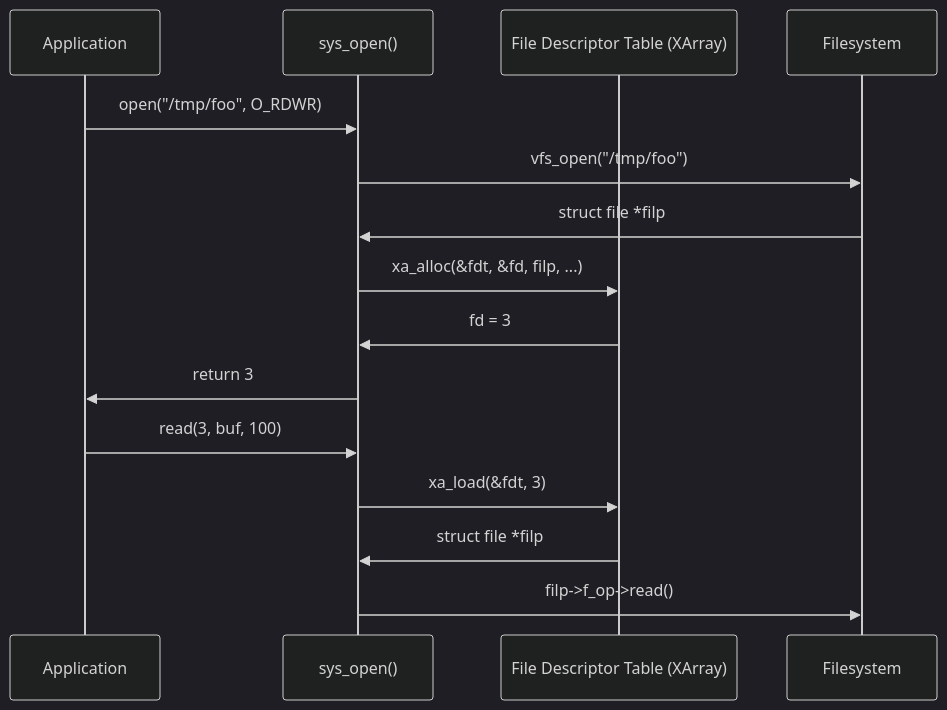
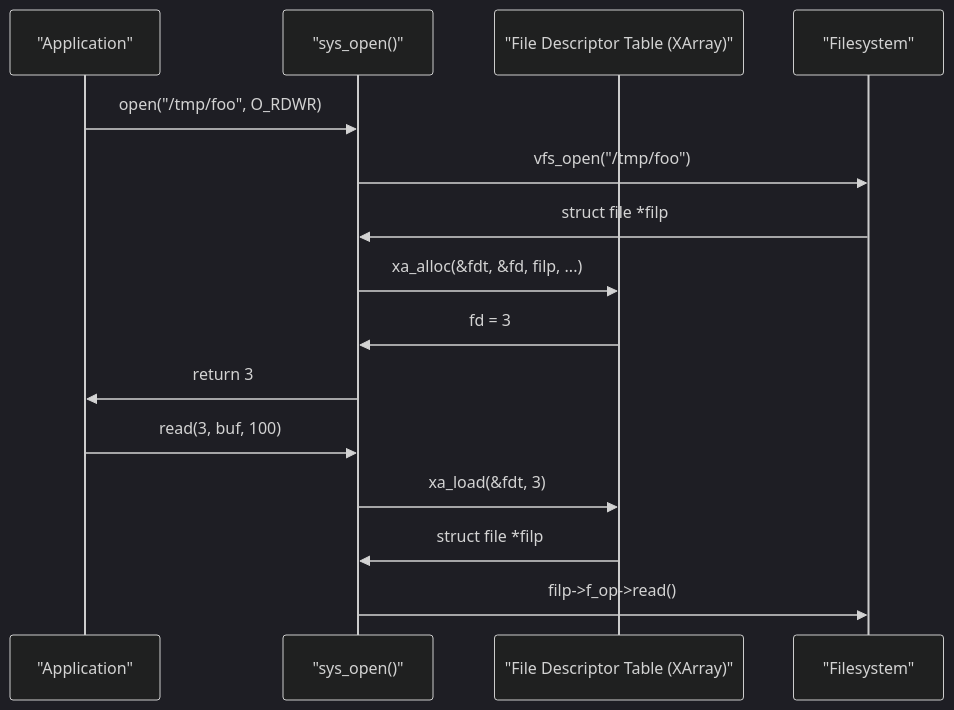
The third of 3 diagrams in 02_Understand_Linux_Kernel/05_Kernel_Data_Structures/03_Maps_idr.md (nilprajapati97/03_Kernel_Explore), drawn with Mermaid (dark theme) before and after one commit. The commit also changed other lines of this file and 24 other files, not shown here.

````diff
--- a/02_Understand_Linux_Kernel/05_Kernel_Data_Structures/03_Maps_idr.md
+++ b/02_Understand_Linux_Kernel/05_Kernel_Data_Structures/03_Maps_idr.md
@@ -155,19 +156,18 @@
 ```mermaid
 sequenceDiagram
-    participant App as Application
-    participant Kernel as sys_open()
-    participant FDT as File Descriptor Table (XArray)
-    participant FS as Filesystem
+    participant App as "Application"
+    participant Kernel as "sys_open()"
+    participant FDT as "File Descriptor Table (XArray)"
+    participant FS as "Filesystem"
 
     App->>Kernel: open("/tmp/foo", O_RDWR)
     Kernel->>FS: vfs_open("/tmp/foo")
     FS->>Kernel: struct file *filp
     Kernel->>FDT: xa_alloc(&fdt, &fd, filp, ...)
     FDT->>Kernel: fd = 3
     Kernel->>App: return 3
-
     App->>Kernel: read(3, buf, 100)
     Kernel->>FDT: xa_load(&fdt, 3)
     FDT->>Kernel: struct file *filp
     Kernel->>FS: filp->f_op->read()
 ```
````
